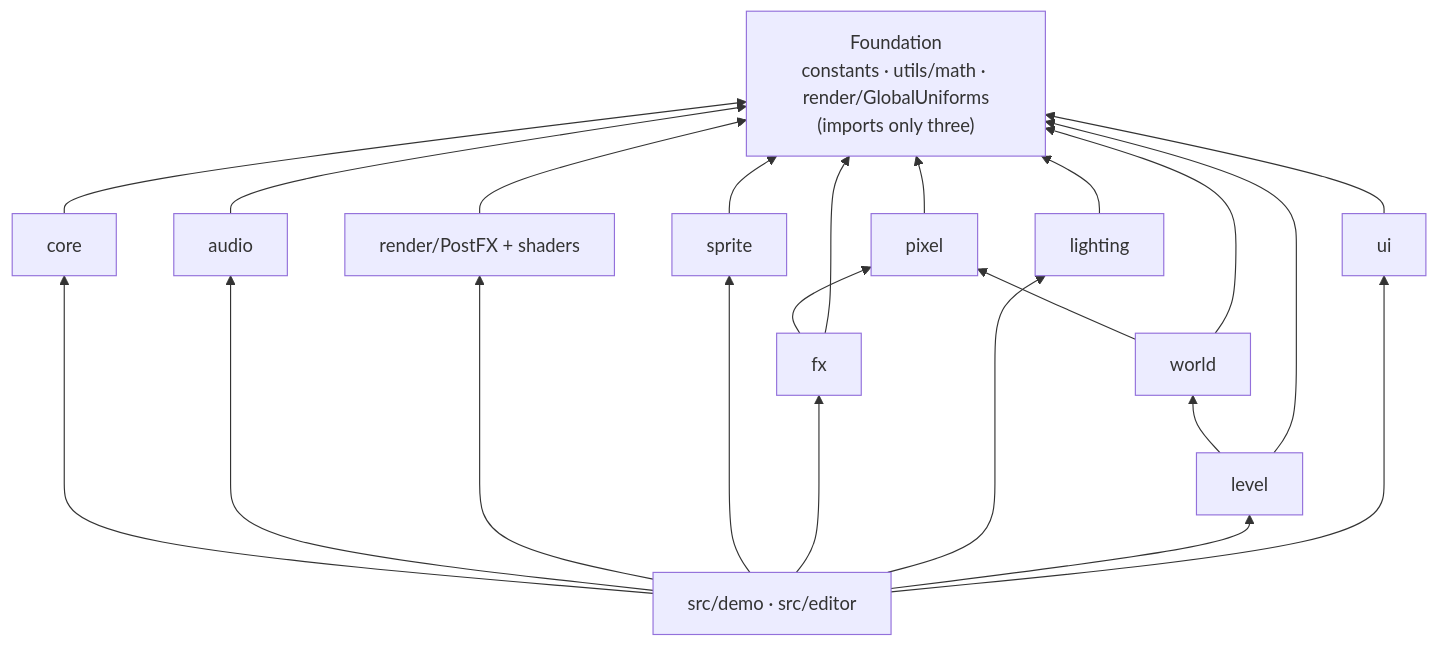
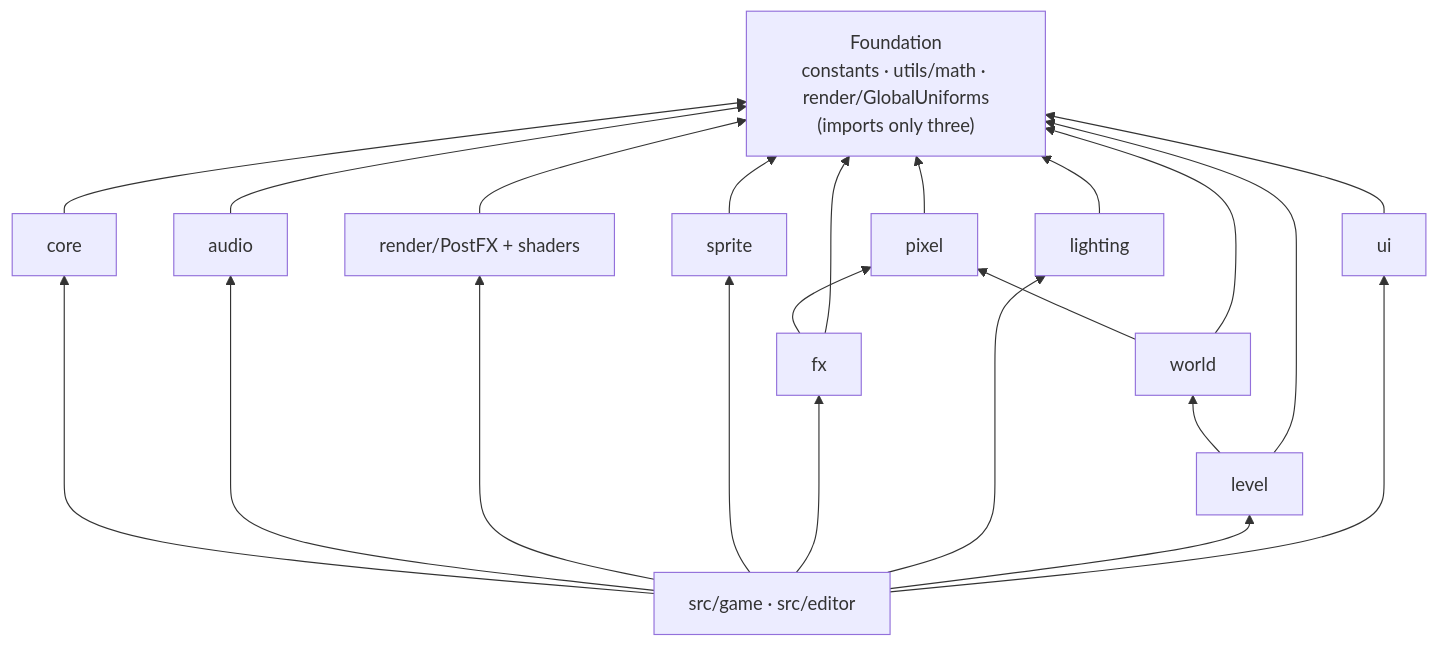
Before and after one commit to Leemonztuff/SoulDolls-Lumina: the diagram in docs/architecture/modules/README.md, drawn with Mermaid. The commit also changed other lines of this file and 586 other files, not shown here.

````diff
--- a/docs/architecture/modules/README.md
+++ b/docs/architecture/modules/README.md
@@ -46,18 +46,18 @@
 ```mermaid
 flowchart BT
   F["Foundation<br/>constants · utils/math · render/GlobalUniforms<br/>(imports only three)"]
   CORE[core] --> F
   AUDIO[audio] --> F
   PIX[pixel] --> F
   POST["render/PostFX + shaders"] --> F
   SPR[sprite] --> F
   FX[fx] --> PIX
   FX --> F
   LIGHT[lighting] --> F
   WORLD[world] --> PIX
   WORLD --> F
   LEVEL[level] --> WORLD
   LEVEL --> F
   UI[ui] --> F
-  GAME["src/demo · src/editor"] --> CORE & AUDIO & POST & SPR & FX & LIGHT & LEVEL & UI
+  GAME["src/game · src/editor"] --> CORE & AUDIO & POST & SPR & FX & LIGHT & LEVEL & UI
 ```
````
